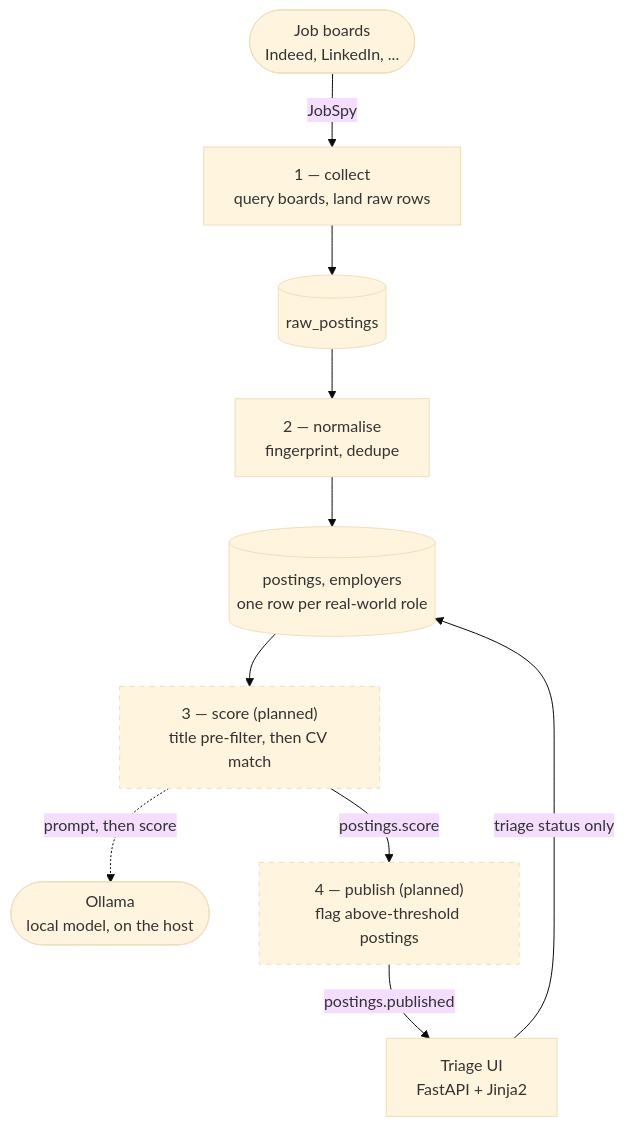
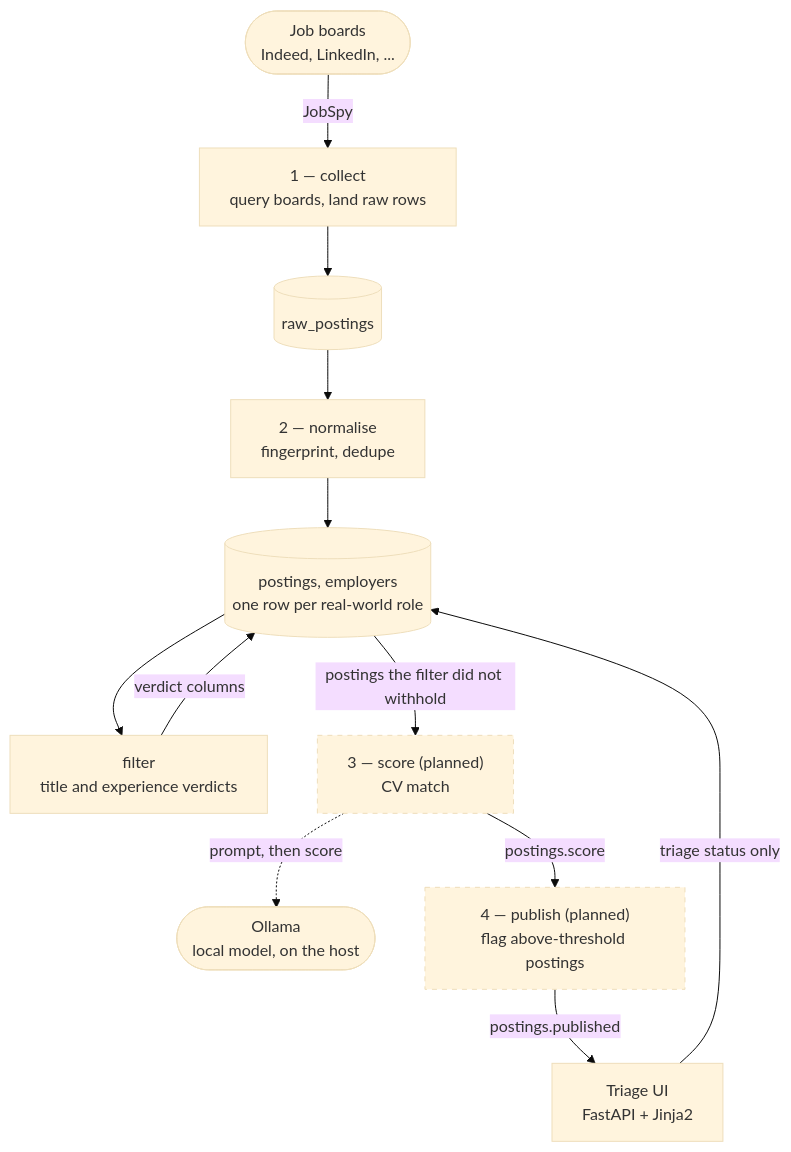
The first of 2 diagrams in README.md (MoKenawy/Automatic-Job-search), drawn with Mermaid (base theme) before and after one commit. The commit also changed other lines of this file and 4 other files, not shown here.

First line of the commit message:
docs: document the filter stage in the README and architecture

````diff
--- a/README.md
+++ b/README.md
@@ -64,27 +72,30 @@
 ```mermaid
 flowchart TD
     boards(["Job boards<br>Indeed, LinkedIn, ..."])
     ollama(["Ollama<br>local model, on the host"])
 
     collect["1 — collect<br>query boards, land raw rows"]
     normalise["2 — normalise<br>fingerprint, dedupe"]
-    score["3 — score (planned)<br>title pre-filter, then CV match"]
+    filt["filter<br>title and experience verdicts"]
+    score["3 — score (planned)<br>CV match"]
     publish["4 — publish (planned)<br>flag above-threshold postings"]
     ui["Triage UI<br>FastAPI + Jinja2"]
 
     raw[("raw_postings")]
     postings[("postings, employers<br>one row per real-world role")]
 
     boards -- JobSpy --> collect
     collect --> raw
     raw --> normalise
     normalise --> postings
-    postings --> score
+    postings --> filt
+    filt -- "verdict columns" --> postings
+    postings -- "postings the filter did not withhold" --> score
     score -. "prompt, then score" .-> ollama
     score -- "postings.score" --> publish
     publish -- "postings.published" --> ui
     ui -- "triage status only" --> postings
 
     classDef planned stroke-dasharray: 5 5
     class score,publish planned
 ```
````
